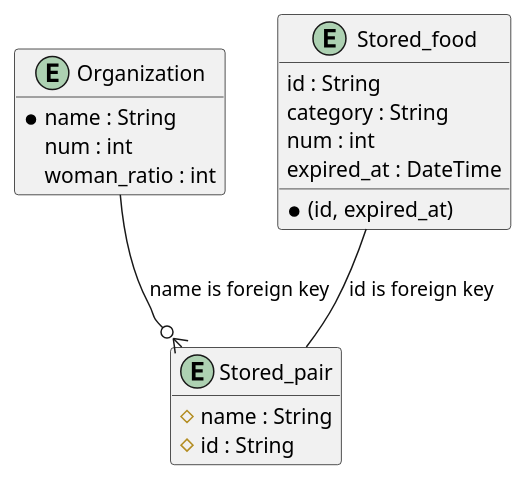
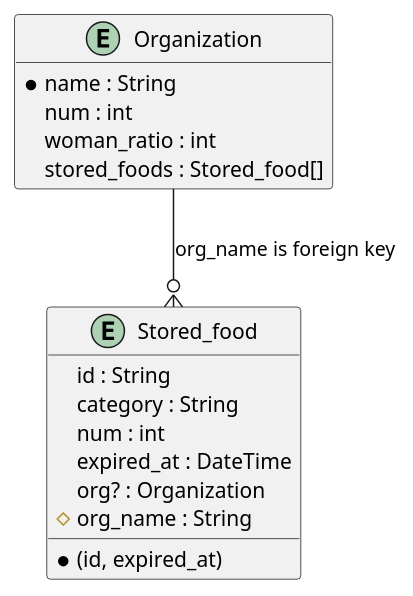
One commit to 111161226/Rakuten-Rations changed the diagram in Design/table.pu. Above: the diagram before and after it, drawn with PlantUML. The commit also changed 2 other files, not shown here.

```diff
--- a/Design/table.pu
+++ b/Design/table.pu
@@ -1,27 +1,23 @@
 @startuml
 hide empty members
 
 entity Organization {
     * name : String
     num : int 
     woman_ratio : int
-}
-
-entity Stored_pair {
-    # name : String
-    # id : String
+    stored_foods : Stored_food[]
 }
 
 entity Stored_food {
     id : String
     category : String
     num : int
     expired_at : DateTime
+    org? : Organization
+    # org_name : String
     * (id, expired_at)
 }
 
-Organization --o{ Stored_pair : name is foreign key
-
-Stored_food -- Stored_pair : id is foreign key
+Organization --o{ Stored_food : org_name is foreign key
 
 @enduml
```
